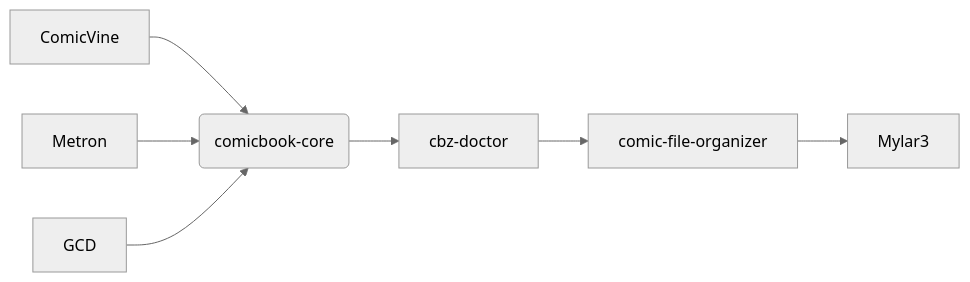
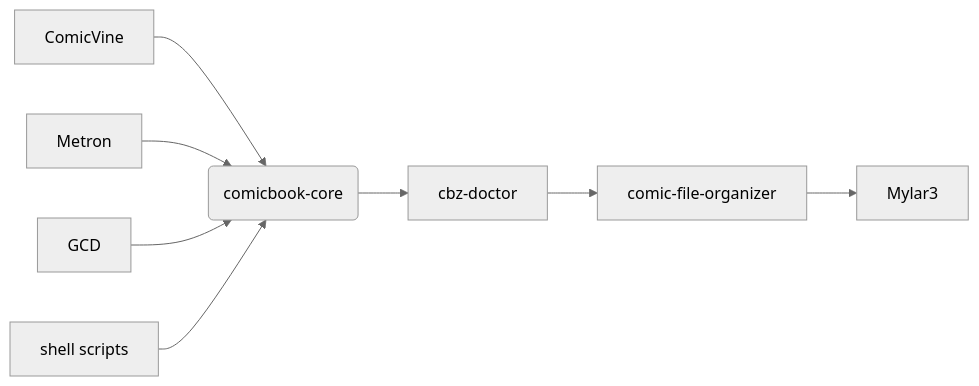
Before and after one commit to comics-lab/comics-suite: the diagram in docs/Architecture.md, drawn with Mermaid (neutral theme).

````diff
--- a/docs/Architecture.md
+++ b/docs/Architecture.md
@@ -5,9 +5,10 @@
 ```mermaid
 flowchart LR
   A[ComicVine]-->CORE
   B[Metron]-->CORE
   C[GCD]-->CORE
+  D[shell scripts]-->CORE
   CORE(comicbook-core)-->DOCTOR[cbz-doctor]
   DOCTOR-->ORG[comic-file-organizer]
   ORG-->M[Mylar3]
 ```
````
